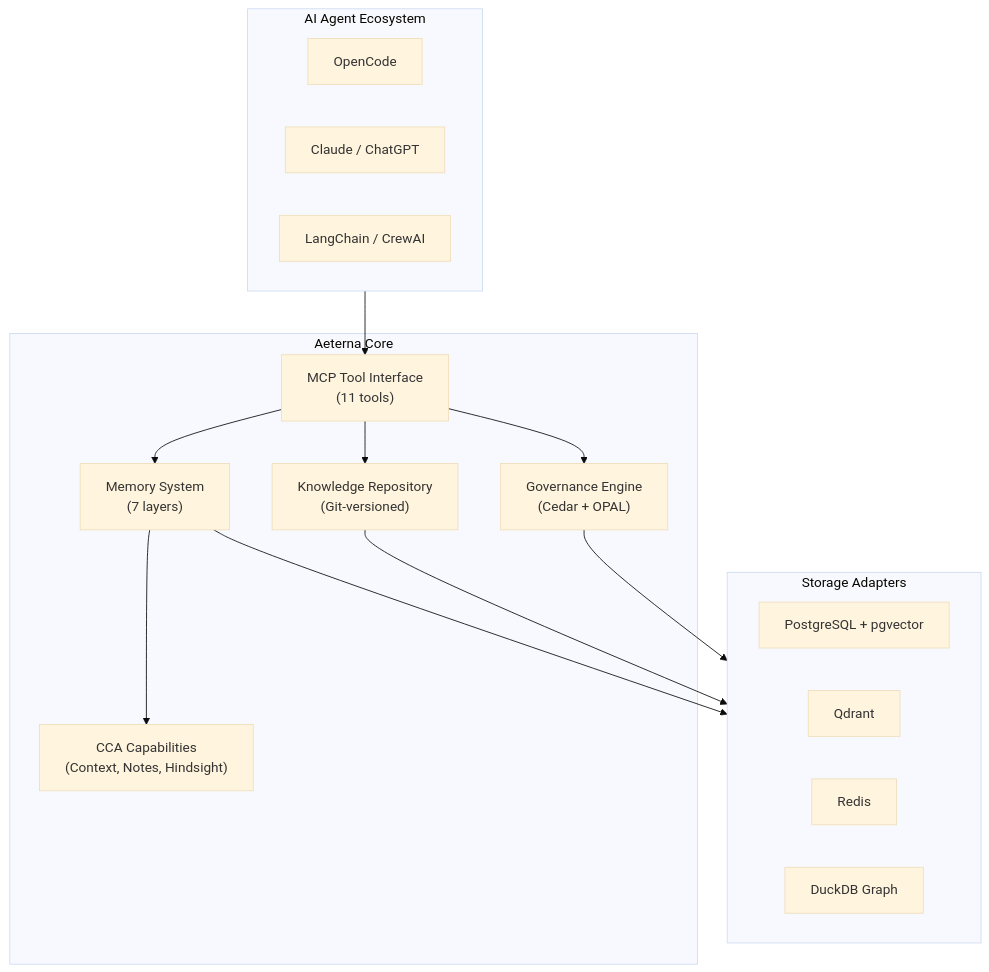
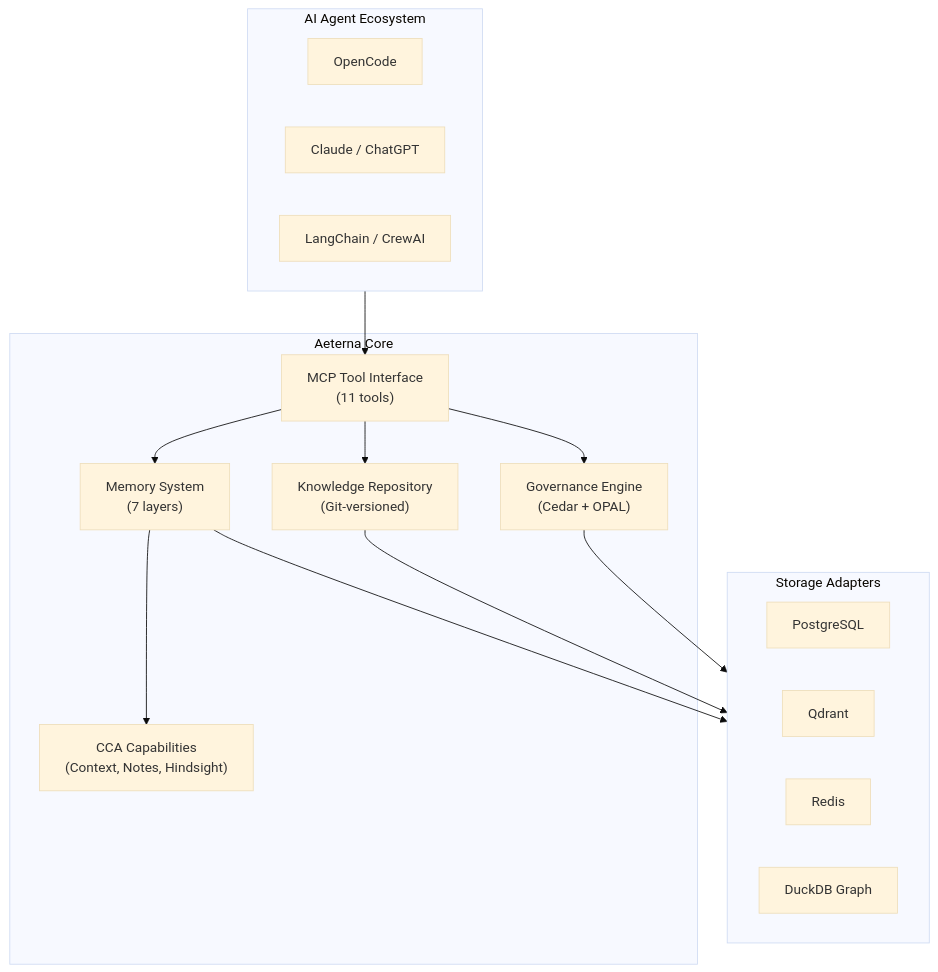
One commit to kikokikok/aeterna changed the diagram in website/docs/intro.md. Above: the diagram before and after it, drawn with Mermaid (base theme). The commit also changed other lines of this file and 73 other files, not shown here.

````diff
--- a/website/docs/intro.md
+++ b/website/docs/intro.md
@@ -29,32 +29,32 @@
 ```mermaid
 graph TB
     subgraph Clients["AI Agent Ecosystem"]
         OC[OpenCode]
         CL[Claude / ChatGPT]
         LC[LangChain / CrewAI]
     end
 
     subgraph Aeterna["Aeterna Core"]
         MCP["MCP Tool Interface<br/>(11 tools)"]
         MEM["Memory System<br/>(7 layers)"]
         KR["Knowledge Repository<br/>(Git-versioned)"]
         GOV["Governance Engine<br/>(Cedar + OPAL)"]
         CCA["CCA Capabilities<br/>(Context, Notes, Hindsight)"]
     end
 
     subgraph Storage["Storage Adapters"]
-        PG["PostgreSQL + pgvector"]
+        PG[PostgreSQL]
         QD[Qdrant]
         RD[Redis]
         DK[DuckDB Graph]
     end
 
     Clients --> MCP
     MCP --> MEM
     MCP --> KR
     MCP --> GOV
     MEM --> CCA
     MEM --> Storage
     KR --> Storage
     GOV --> Storage
 ```
````
